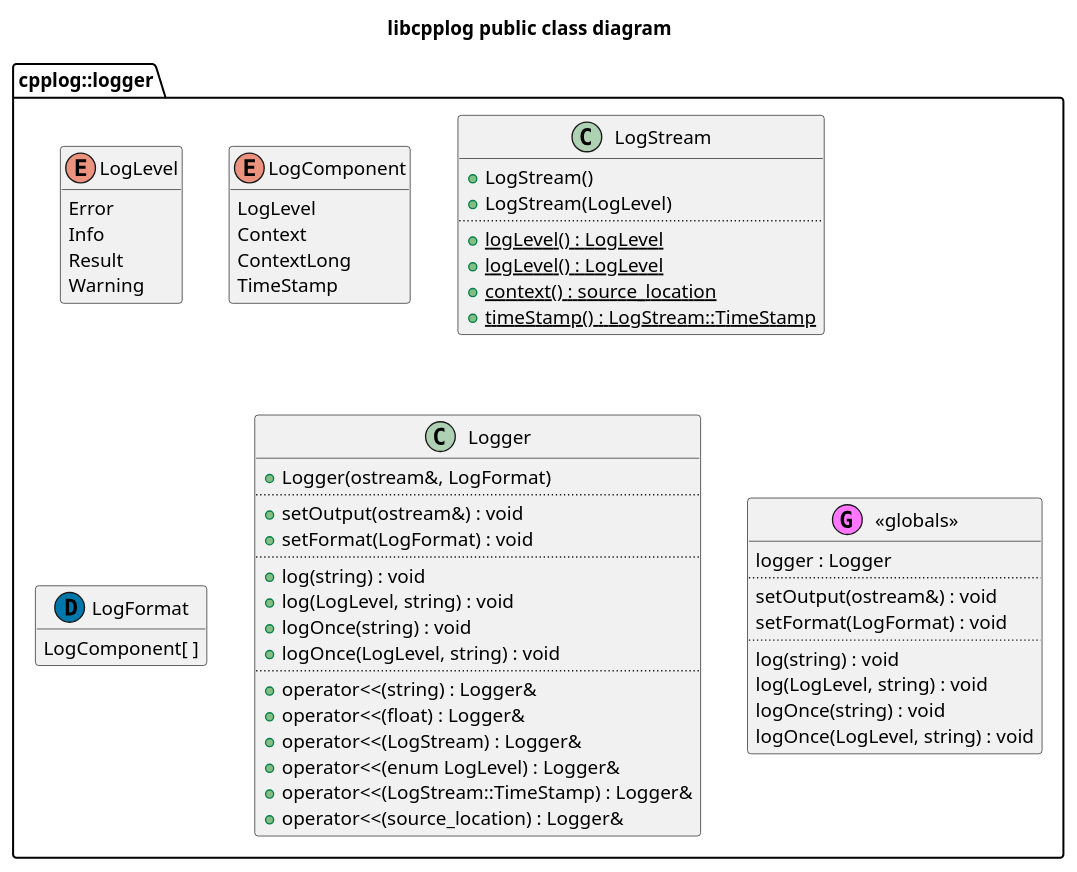
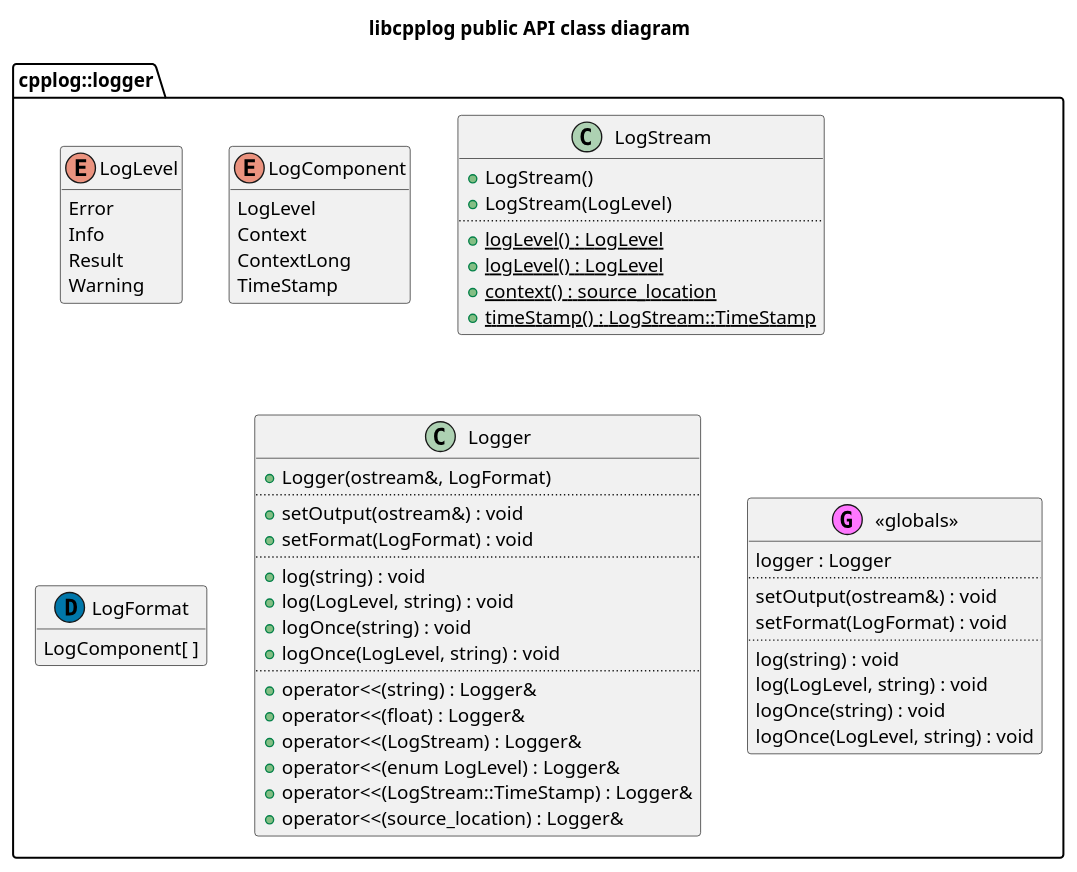
One commit to kfpgk/libcpplog changed the diagram in libcpplog/doc/class.puml. Above: the diagram before and after it, drawn with PlantUML.

Commit message:
Add "API" to public UML class diagram title

```diff
--- a/libcpplog/doc/class.puml
+++ b/libcpplog/doc/class.puml
@@ -1,70 +1,70 @@
 @startuml class-diagram
 
-title libcpplog public class diagram
+title libcpplog public API class diagram
 
 package cpplog::logger {
 
     enum LogLevel {
         Error
         Info
         Result
         Warning
     }
     hide LogLevel methods
 
     enum LogComponent {
         LogLevel
         Context
         ContextLong
         TimeStamp
     }
     hide LogComponent methods
 
     class LogStream {
         + LogStream()
         + LogStream(LogLevel)
         ..
         + {static} logLevel() : LogLevel
         + {static} logLevel() : LogLevel
         + {static} context() : source_location
         + {static} timeStamp() : LogStream::TimeStamp
     }
 
     class LogFormat << (D,#0077AA) >> {
         LogComponent[ ]
     }
     hide LogFormat methods
 
     class Logger {
         + Logger(ostream&, LogFormat)
         ..
         + setOutput(ostream&) : void
         + setFormat(LogFormat) : void
         ..
         + log(string) : void
         + log(LogLevel, string) : void
         + logOnce(string) : void
         + logOnce(LogLevel, string) : void
         ..
         + operator<<(string) : Logger&
         + operator<<(float) : Logger&
         + operator<<(LogStream) : Logger&
         + operator<<(enum LogLevel) : Logger&
         + operator<<(LogStream::TimeStamp) : Logger&
         + operator<<(source_location) : Logger&
     }
 
     class "<<globals>>" as globals << (G,#FF77FF) >> {
         logger : Logger
         ..
         setOutput(ostream&) : void
         setFormat(LogFormat) : void
         ..
         log(string) : void
         log(LogLevel, string) : void
         logOnce(string) : void
         logOnce(LogLevel, string) : void
     }
 }
 
 @enduml
```
